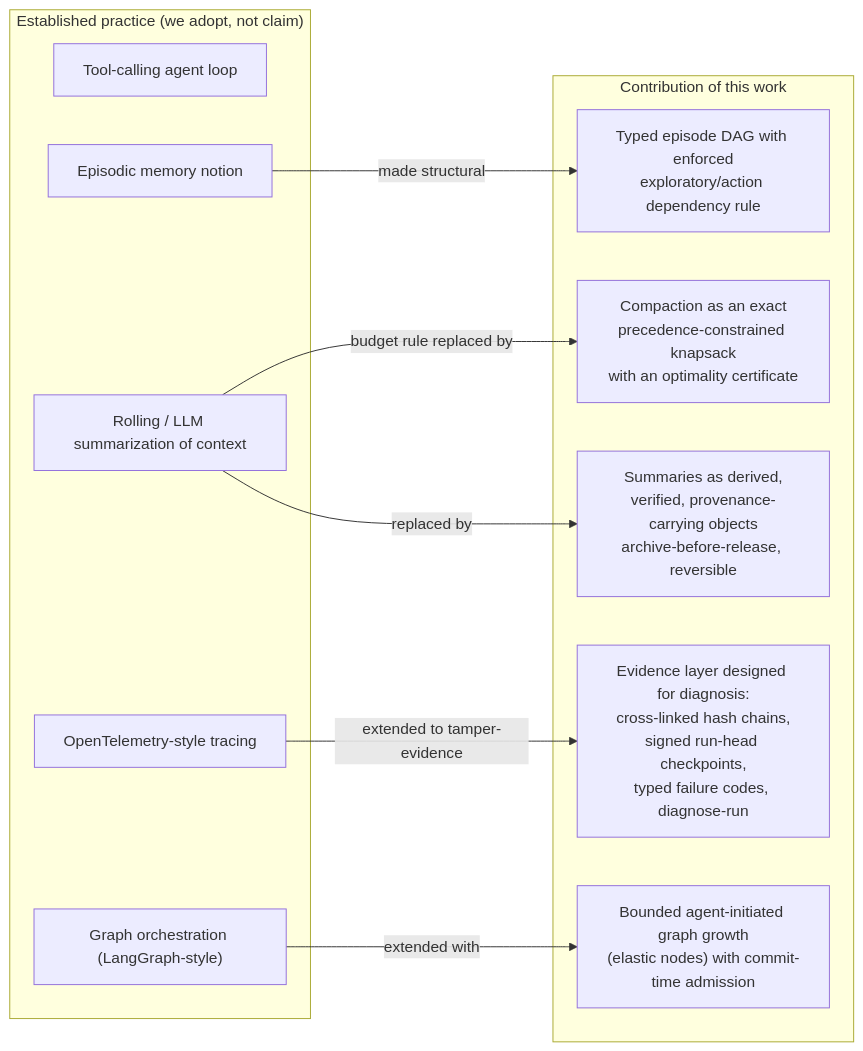
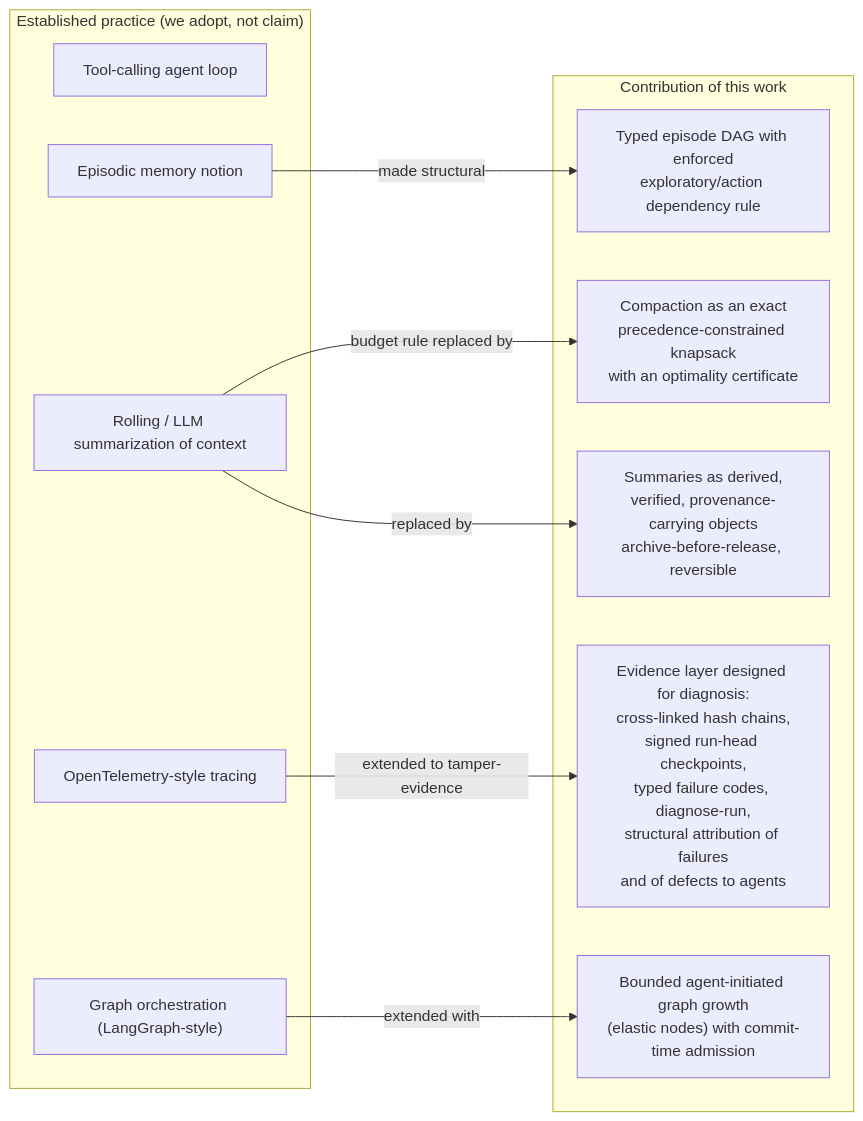
One commit to MikejR2904/nailong-agent-sdk changed diagram 11 of 11 in docs/architecture/diagrams.md. Above: the diagram before and after it, drawn with Mermaid. The commit also changed other lines of this file and 35 other files, not shown here.

````diff
--- a/docs/architecture/diagrams.md
+++ b/docs/architecture/diagrams.md
@@ -344,24 +349,24 @@
 ```mermaid
 flowchart LR
     subgraph EST["Established practice (we adopt, not claim)"]
         E1["Tool-calling agent loop"]
         E2["Rolling / LLM summarization of context"]
         E3["Episodic memory notion"]
         E4["Graph orchestration (LangGraph-style)"]
         E5["OpenTelemetry-style tracing"]
     end
 
     subgraph NOV["Contribution of this work"]
         N1["Typed episode DAG with enforced<br/>exploratory/action dependency rule"]
         N2["Compaction as an exact<br/>precedence-constrained knapsack<br/>with an optimality certificate"]
         N3["Summaries as derived,<br/>verified, provenance-carrying objects<br/>archive-before-release, reversible"]
-        N4["Evidence layer designed for diagnosis:<br/>cross-linked hash chains,<br/>signed run-head checkpoints,<br/>typed failure codes, diagnose-run"]
+        N4["Evidence layer designed for diagnosis:<br/>cross-linked hash chains,<br/>signed run-head checkpoints,<br/>typed failure codes, diagnose-run,<br/>structural attribution of failures<br/>and of defects to agents"]
         N5["Bounded agent-initiated graph growth<br/>(elastic nodes) with commit-time admission"]
     end
 
     E2 -- "replaced by" --> N3
     E3 -- "made structural" --> N1
     E2 -- "budget rule replaced by" --> N2
     E5 -- "extended to tamper-evidence" --> N4
     E4 -- "extended with" --> N5
 ```
````
